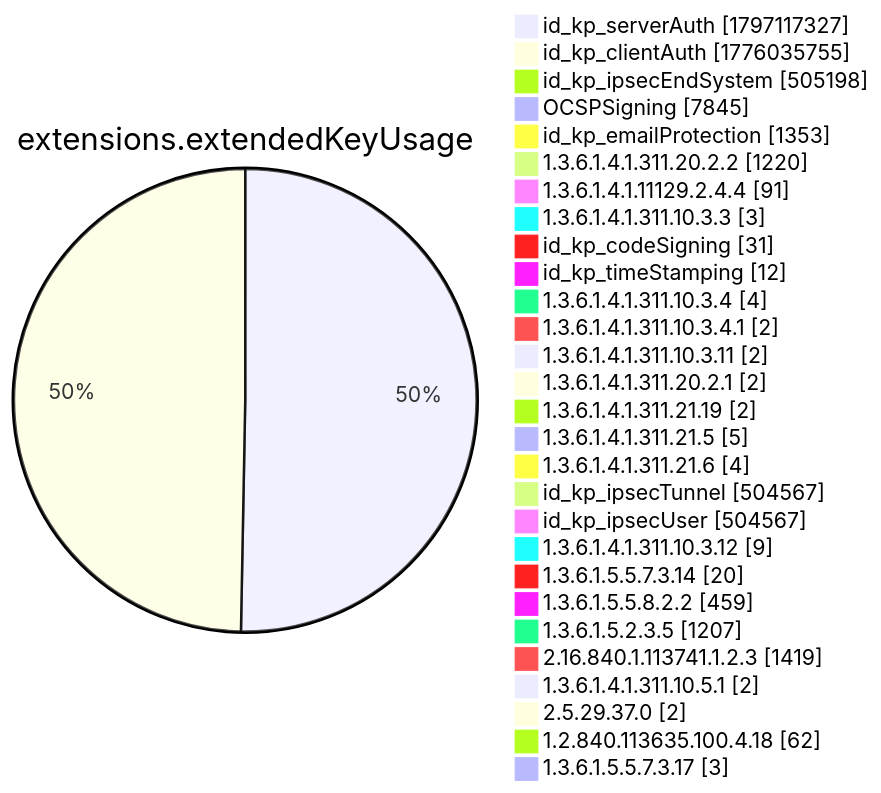
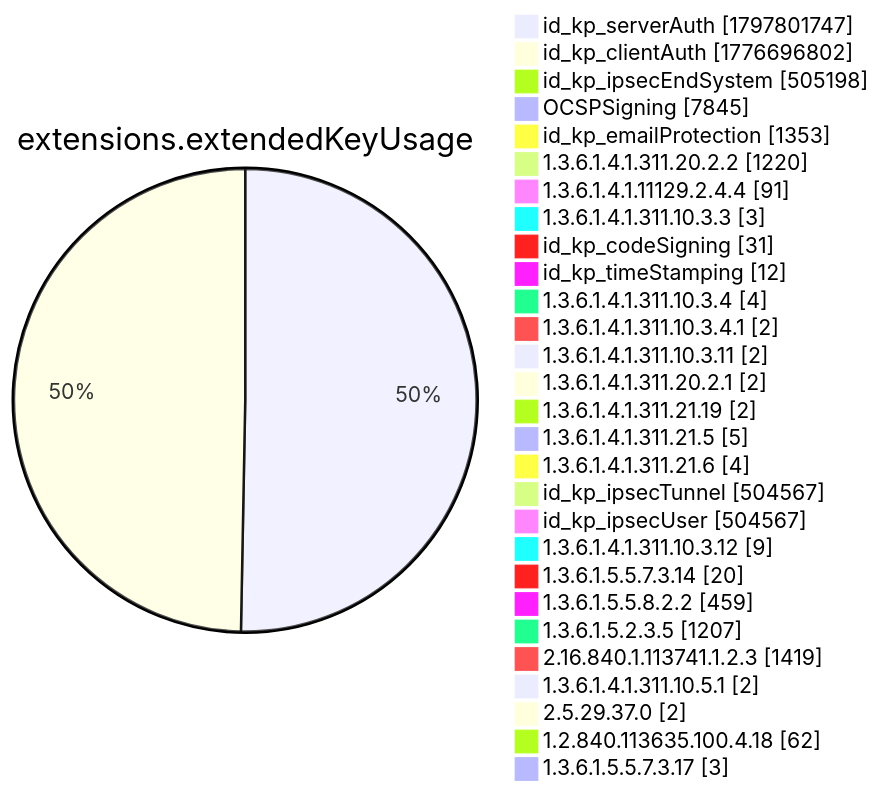
Diagram 12 of 15 in xenon2022/README.md (christiankrug/ctmonitor_visualization), drawn with Mermaid before and after one commit. The commit also changed other lines of this file, not shown here.

````diff
--- a/xenon2022/README.md
+++ b/xenon2022/README.md
@@ -3895,32 +3895,32 @@
 ```mermaid
 pie showData
 title extensions.extendedKeyUsage
-"id_kp_serverAuth" :1797117327
-"id_kp_clientAuth" :1776035755
+"id_kp_serverAuth" :1797801747
+"id_kp_clientAuth" :1776696802
 "id_kp_ipsecEndSystem" :505198
 "OCSPSigning" :7845
 "id_kp_emailProtection" :1353
 "1.3.6.1.4.1.311.20.2.2" :1220
 "1.3.6.1.4.1.11129.2.4.4" :91
 "1.3.6.1.4.1.311.10.3.3" :3
 "id_kp_codeSigning" :31
 "id_kp_timeStamping" :12
 "1.3.6.1.4.1.311.10.3.4" :4
 "1.3.6.1.4.1.311.10.3.4.1" :2
 "1.3.6.1.4.1.311.10.3.11" :2
 "1.3.6.1.4.1.311.20.2.1" :2
 "1.3.6.1.4.1.311.21.19" :2
 "1.3.6.1.4.1.311.21.5" :5
 "1.3.6.1.4.1.311.21.6" :4
 "id_kp_ipsecTunnel" :504567
 "id_kp_ipsecUser" :504567
 "1.3.6.1.4.1.311.10.3.12" :9
 "1.3.6.1.5.5.7.3.14" :20
 "1.3.6.1.5.5.8.2.2" :459
 "1.3.6.1.5.2.3.5" :1207
 "2.16.840.1.113741.1.2.3" :1419
 "1.3.6.1.4.1.311.10.5.1" :2
 "2.5.29.37.0" :2
 "1.2.840.113635.100.4.18" :62
 "1.3.6.1.5.5.7.3.17" :3
 ```
````
